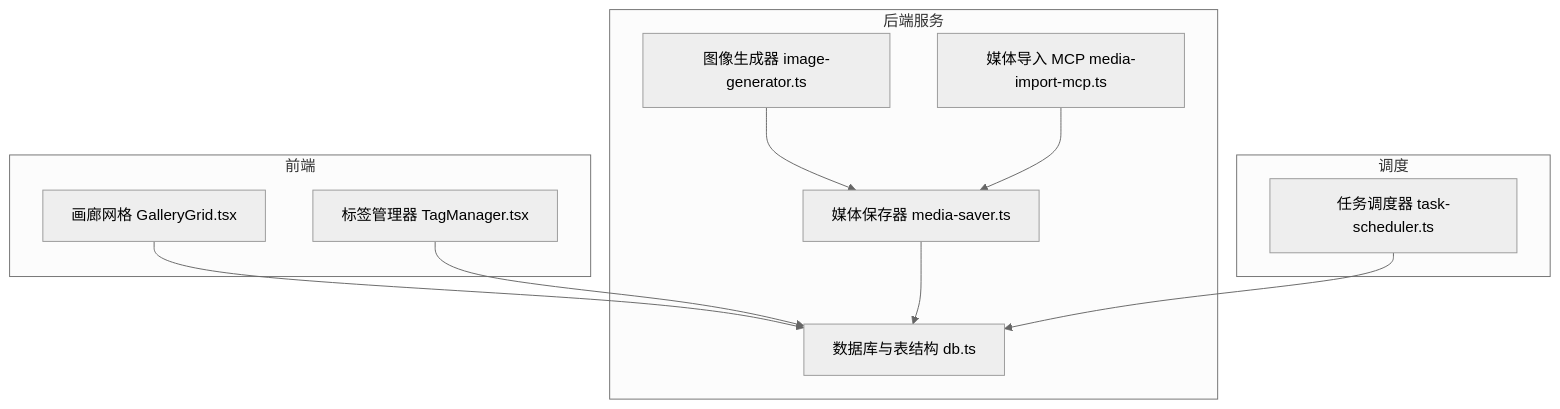
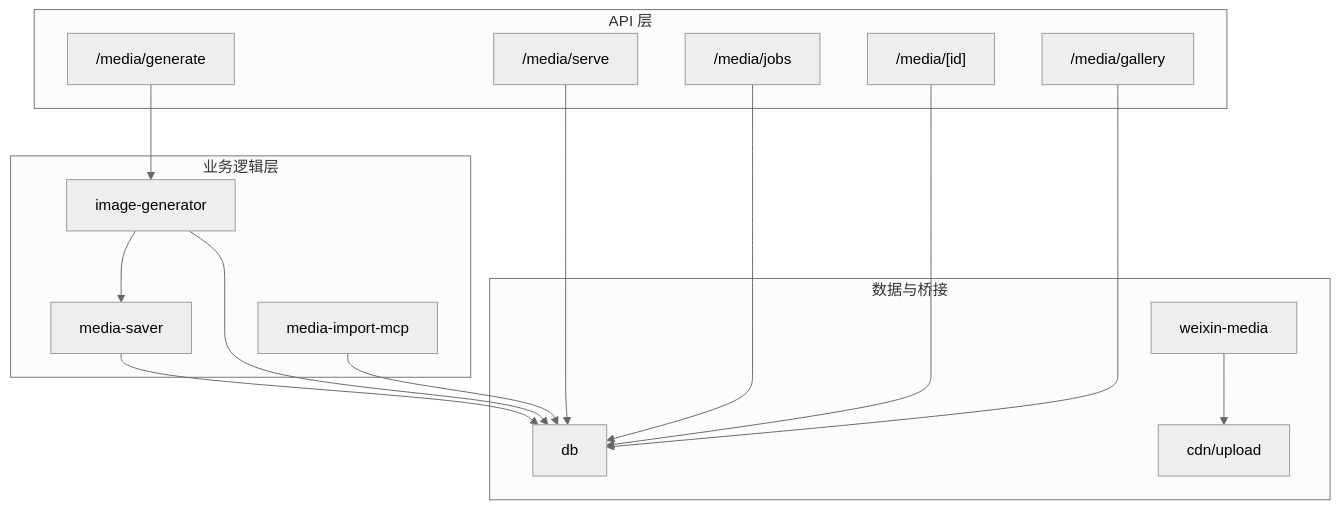
The first of 8 diagrams in .qoder/repowiki/zh/content/API 参考/媒体 API.md (haolange/CodePilot), drawn with Mermaid (neutral theme) before and after one commit. The commit also changed other lines of this file and 203 other files, not shown here.

````diff
--- a/.qoder/repowiki/zh/content/API 参考/媒体 API.md
+++ b/.qoder/repowiki/zh/content/API 参考/媒体 API.md
@@ -39,22 +46,30 @@
 ```mermaid
 graph TB
-subgraph "前端"
-GG["画廊网格 GalleryGrid.tsx"]
-TM["标签管理器 TagManager.tsx"]
+subgraph "API 层"
+GEN["/media/generate"]
+GALLERY["/media/gallery"]
+ITEM["/media/[id]"]
+JOBS["/media/jobs"]
+SERVE["/media/serve"]
 end
-subgraph "后端服务"
-IMG["图像生成器 image-generator.ts"]
-IMP["媒体导入 MCP media-import-mcp.ts"]
-SAV["媒体保存器 media-saver.ts"]
-DB["数据库与表结构 db.ts"]
+subgraph "业务逻辑层"
+IMGGEN["image-generator"]
+MEDIASAVE["media-saver"]
+IMPORTMCP["media-import-mcp"]
 end
-subgraph "调度"
-SCH["任务调度器 task-scheduler.ts"]
+subgraph "数据与桥接"
+DB["db"]
+WXMEDIA["weixin-media"]
+CDNUPLOAD["cdn/upload"]
 end
-GG --> DB
-TM --> DB
-IMG --> SAV
-IMP --> SAV
-SAV --> DB
-SCH --> DB
+GEN --> IMGGEN
+GALLERY --> DB
+ITEM --> DB
+JOBS --> DB
+SERVE --> DB
+IMGGEN --> MEDIASAVE
+IMPORTMCP --> DB
+WXMEDIA --> CDNUPLOAD
+IMGGEN --> DB
+MEDIASAVE --> DB
 ```
````
